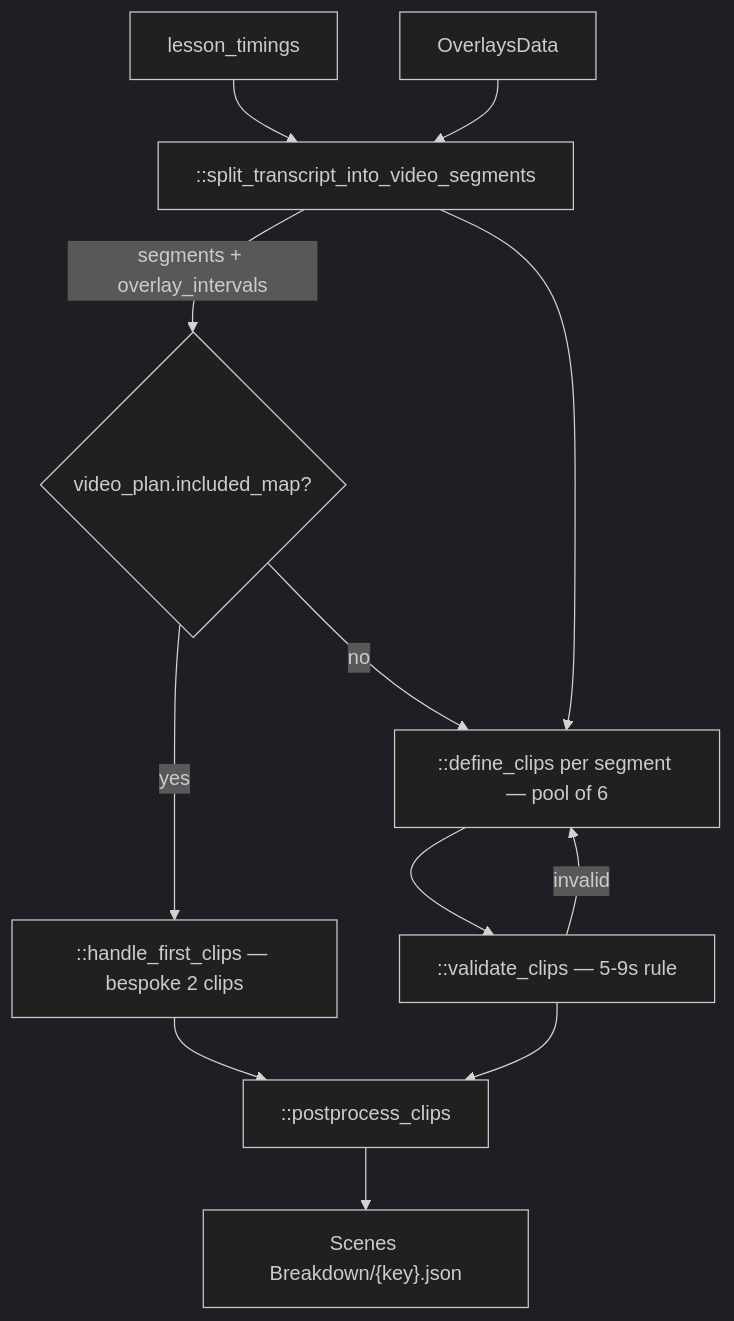
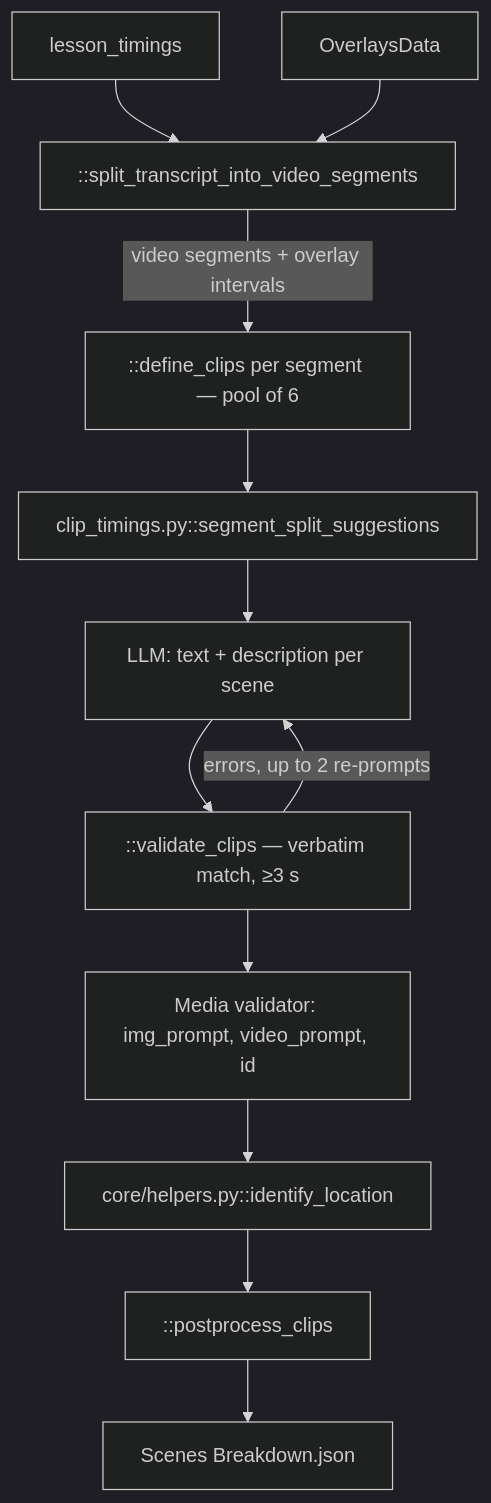
One commit to BekhruzT/Stele changed the diagram in generation/docs/architecture/07-scenes-breakdown.md. Above: the diagram before and after it, drawn with Mermaid (dark theme). The commit also changed other lines of this file and 18 other files, not shown here.

````diff
--- a/generation/docs/architecture/07-scenes-breakdown.md
+++ b/generation/docs/architecture/07-scenes-breakdown.md
@@ -35,14 +34,14 @@
 ```mermaid
 flowchart TD
   AV["lesson_timings"] --> Sp["::split_transcript_into_video_segments"]
   TO["OverlaysData"] --> Sp
-  Sp -->|"segments + overlay_intervals"| First{"video_plan.included_map?"}
-  First -->|yes| HF["::handle_first_clips — bespoke 2 clips"]
-  First -->|no| Def
-  Sp --> Def["::define_clips per segment — pool of 6"]
-  Def --> Val["::validate_clips — 5-9s rule"]
-  Val -->|"invalid"| Def
-  HF --> Post["::postprocess_clips"]
-  Val --> Post
-  Post --> Out["Scenes Breakdown/{key}.json"]
+  Sp -->|"video segments + overlay intervals"| Def["::define_clips per segment — pool of 6"]
+  Def --> Sug["clip_timings.py::segment_split_suggestions"]
+  Sug --> LLM["LLM: text + description per scene"]
+  LLM --> Val["::validate_clips — verbatim match, ≥3 s"]
+  Val -->|"errors, up to 2 re-prompts"| LLM
+  Val --> Media["Media validator: img_prompt, video_prompt, id"]
+  Media --> Loc["core/helpers.py::identify_location"]
+  Loc --> Post["::postprocess_clips"]
+  Post --> Out["Scenes Breakdown.json"]
 ```
````
